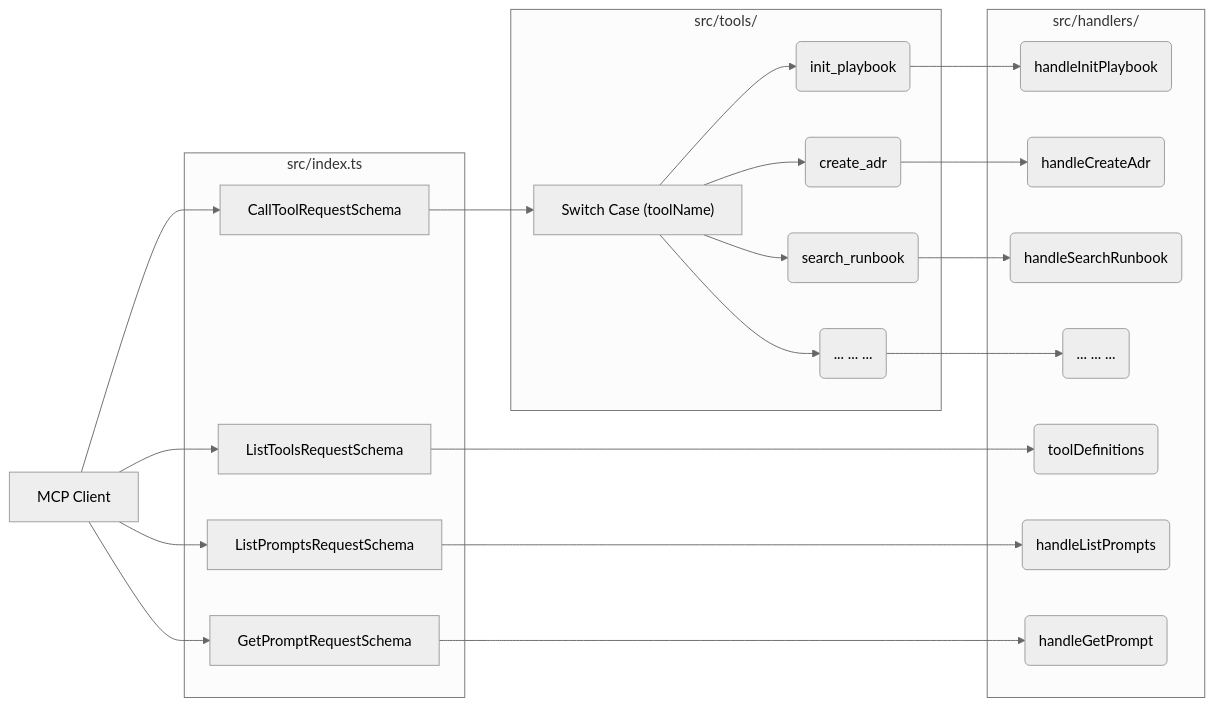
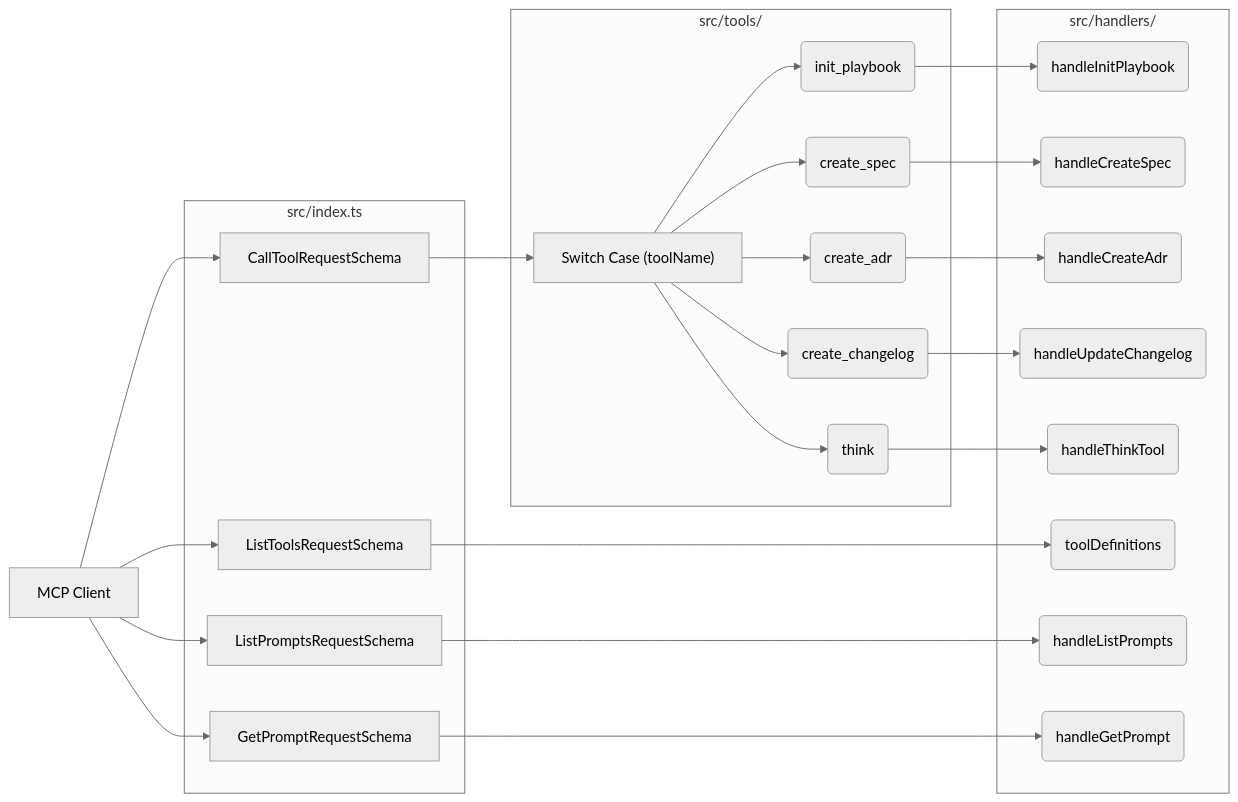
The diagram in README.md (inloopstudio-team/mcp-playbook), drawn with Mermaid (neutral theme) before and after one commit. The commit also changed other lines of this file and 10 other files, not shown here.

````diff
--- a/README.md
+++ b/README.md
@@ -37,42 +33,45 @@
 ```mermaid
 graph LR
     A[MCP Client] --> B["CallToolRequestSchema"];
     A --> E["ListToolsRequestSchema"];
     A --> F["ListPromptsRequestSchema"];
     A --> G["GetPromptRequestSchema"];
 
     subgraph src/index.ts
         B
         E
         F
         G
     end
 
     B --> C["Switch Case (toolName)"];
 
     subgraph src/tools/
         C --> C1("init_playbook");
-        C --> C2("create_adr");
-        C --> C3("search_runbook");
-        C --> C4("... ... ...");
+        C --> C2("create_spec");
+        C --> C3("create_adr");
+        C --> C4("create_changelog");
+        C --> C5("think");
     end
 
     C1 --> D1("handleInitPlaybook");
-    C2 --> D2("handleCreateAdr");
-    C3 --> D3("handleSearchRunbook");
-    C4 --> D4("... ... ...");
+    C2 --> D2("handleCreateSpec");
+    C3 --> D3("handleCreateAdr");
+    C4 --> D4("handleUpdateChangelog");
+    C5 --> D5("handleThinkTool");
 
     E --> D12("toolDefinitions");
     F --> D13("handleListPrompts");
     G --> D14("handleGetPrompt");
 
     subgraph src/handlers/
         D1
         D2
         D3
         D4
+        D5
         D12
         D13
         D14
     end
 ```
````
